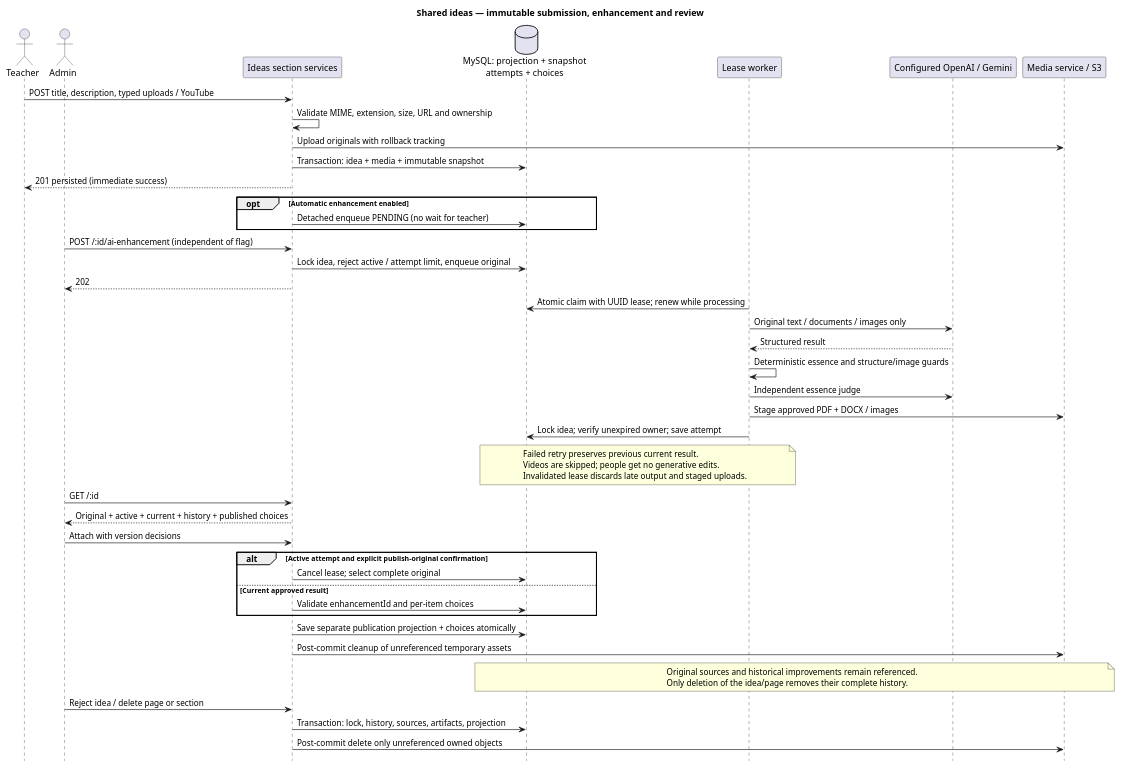
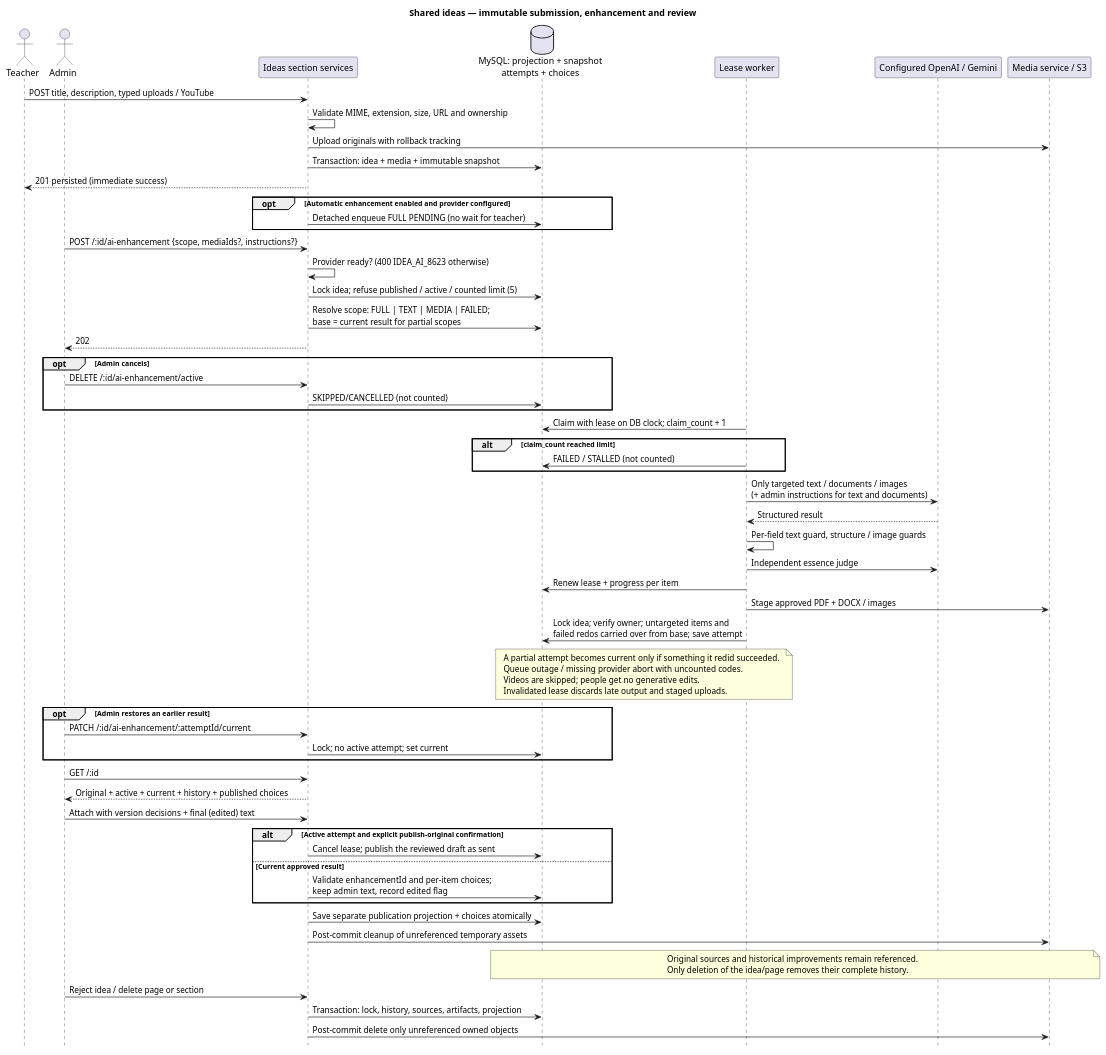
The diagram in docs/diagrams/flow/ideas-sections/ideas-sections-flow.puml (ministerioclubinhos/clubinhonib-api), drawn with PlantUML before and after one commit. The commit also changed 54 other files, not shown here.

First line of the commit message:
feat: improve shared idea AI review and targeted regeneration

```diff
--- a/docs/diagrams/flow/ideas-sections/ideas-sections-flow.puml
+++ b/docs/diagrams/flow/ideas-sections/ideas-sections-flow.puml
@@ -1,51 +1,66 @@
 @startuml
 hide footbox
 title Shared ideas — immutable submission, enhancement and review
 actor Teacher
 actor Admin
 participant "Ideas section services" as API
 database "MySQL: projection + snapshot\nattempts + choices" as DB
 participant "Lease worker" as Worker
 participant "Configured OpenAI / Gemini" as AI
 participant "Media service / S3" as S3
 Teacher -> API : POST title, description, typed uploads / YouTube
 API -> API : Validate MIME, extension, size, URL and ownership
 API -> S3 : Upload originals with rollback tracking
 API -> DB : Transaction: idea + media + immutable snapshot
 API --> Teacher : 201 persisted (immediate success)
-opt Automatic enhancement enabled
- API -> DB : Detached enqueue PENDING (no wait for teacher)
+opt Automatic enhancement enabled and provider configured
+ API -> DB : Detached enqueue FULL PENDING (no wait for teacher)
 end
-Admin -> API : POST /:id/ai-enhancement (independent of flag)
-API -> DB : Lock idea, reject active / attempt limit, enqueue original
+Admin -> API : POST /:id/ai-enhancement {scope, mediaIds?, instructions?}
+API -> API : Provider ready? (400 IDEA_AI_8623 otherwise)
+API -> DB : Lock idea; refuse published / active / counted limit (5)
+API -> DB : Resolve scope: FULL | TEXT | MEDIA | FAILED;\nbase = current result for partial scopes
 API --> Admin : 202
-Worker -> DB : Atomic claim with UUID lease; renew while processing
-Worker -> AI : Original text / documents / images only
+opt Admin cancels
+ Admin -> API : DELETE /:id/ai-enhancement/active
+ API -> DB : SKIPPED/CANCELLED (not counted)
+end
+Worker -> DB : Claim with lease on DB clock; claim_count + 1
+alt claim_count reached limit
+ Worker -> DB : FAILED / STALLED (not counted)
+end
+Worker -> AI : Only targeted text / documents / images\n(+ admin instructions for text and documents)
 AI --> Worker : Structured result
-Worker -> Worker : Deterministic essence and structure/image guards
+Worker -> Worker : Per-field text guard, structure / image guards
 Worker -> AI : Independent essence judge
+Worker -> DB : Renew lease + progress per item
 Worker -> S3 : Stage approved PDF + DOCX / images
-Worker -> DB : Lock idea; verify unexpired owner; save attempt
+Worker -> DB : Lock idea; verify owner; untargeted items and\nfailed redos carried over from base; save attempt
 note over Worker,DB
- Failed retry preserves previous current result.
+ A partial attempt becomes current only if something it redid succeeded.
+ Queue outage / missing provider abort with uncounted codes.
  Videos are skipped; people get no generative edits.
  Invalidated lease discards late output and staged uploads.
 end note
+opt Admin restores an earlier result
+ Admin -> API : PATCH /:id/ai-enhancement/:attemptId/current
+ API -> DB : Lock; no active attempt; set current
+end
 Admin -> API : GET /:id
 API --> Admin : Original + active + current + history + published choices
-Admin -> API : Attach with version decisions
+Admin -> API : Attach with version decisions + final (edited) text
 alt Active attempt and explicit publish-original confirmation
- API -> DB : Cancel lease; select complete original
+ API -> DB : Cancel lease; publish the reviewed draft as sent
 else Current approved result
- API -> DB : Validate enhancementId and per-item choices
+ API -> DB : Validate enhancementId and per-item choices;\nkeep admin text, record edited flag
 end
 API -> DB : Save separate publication projection + choices atomically
 API -> S3 : Post-commit cleanup of unreferenced temporary assets
 note over DB,S3
  Original sources and historical improvements remain referenced.
  Only deletion of the idea/page removes their complete history.
 end note
 Admin -> API : Reject idea / delete page or section
 API -> DB : Transaction: lock, history, sources, artifacts, projection
 API -> S3 : Post-commit delete only unreferenced owned objects
 @enduml
```
